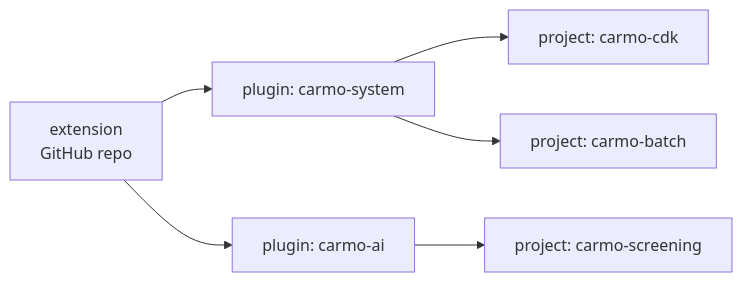
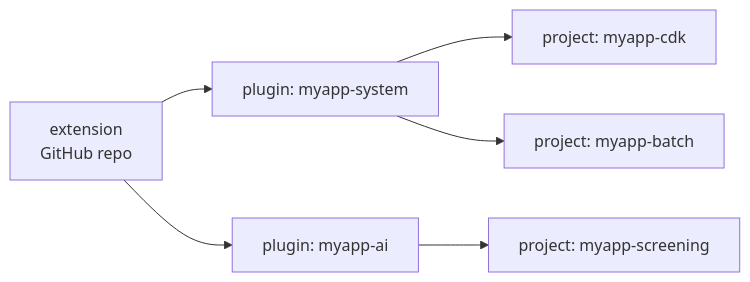
Before and after one commit to devbasex/devbase: the second of 2 diagrams in docs/comparison.md, drawn with Mermaid. The commit also changed 18 other files, not shown here.

````diff
--- a/docs/comparison.md
+++ b/docs/comparison.md
@@ -196,8 +196,8 @@
 ```mermaid
 flowchart LR
-  E[extension<br/>GitHub repo] --> P1[plugin: carmo-system]
-  E --> P2[plugin: carmo-ai]
-  P1 --> Pr1[project: carmo-cdk]
-  P1 --> Pr2[project: carmo-batch]
-  P2 --> Pr3[project: carmo-screening]
+  E[extension<br/>GitHub repo] --> P1[plugin: myapp-system]
+  E --> P2[plugin: myapp-ai]
+  P1 --> Pr1[project: myapp-cdk]
+  P1 --> Pr2[project: myapp-batch]
+  P2 --> Pr3[project: myapp-screening]
 ```
````
